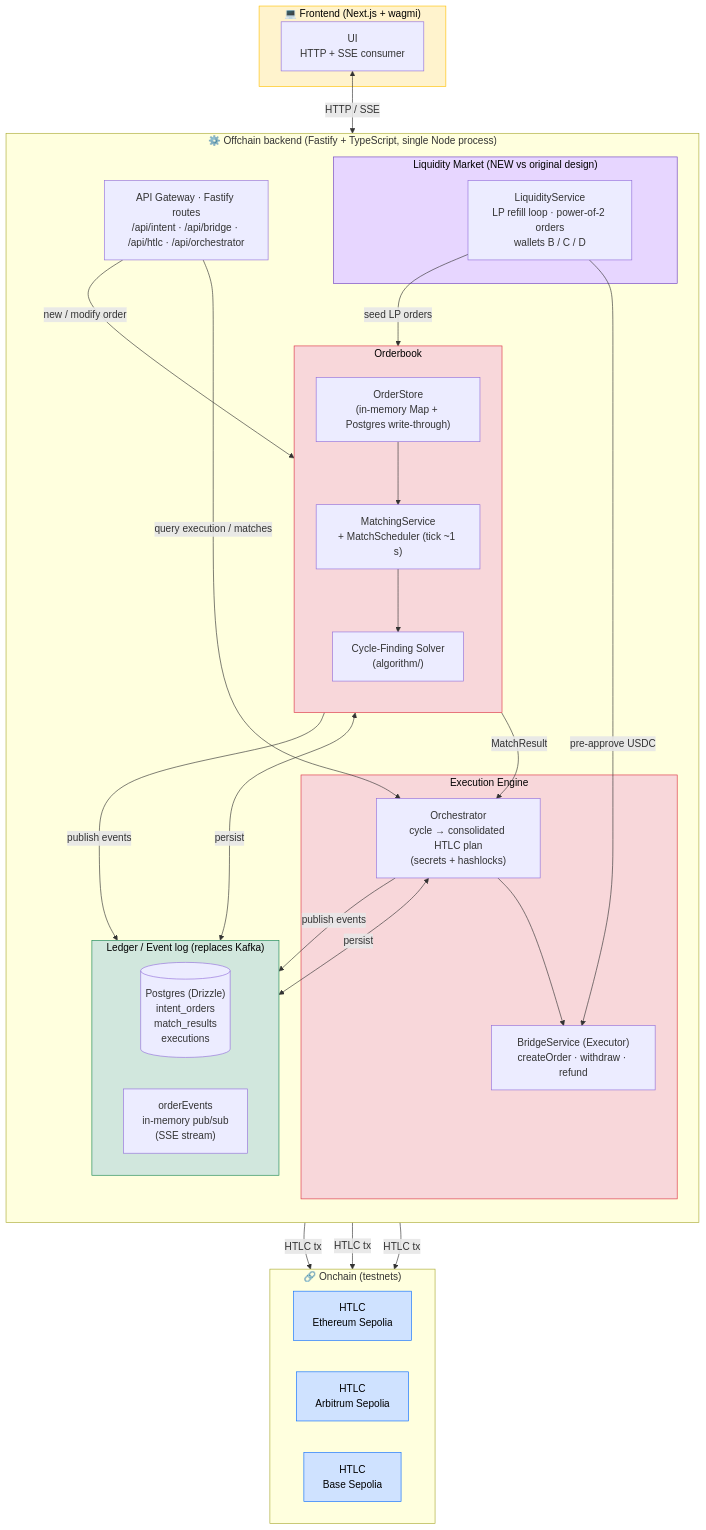
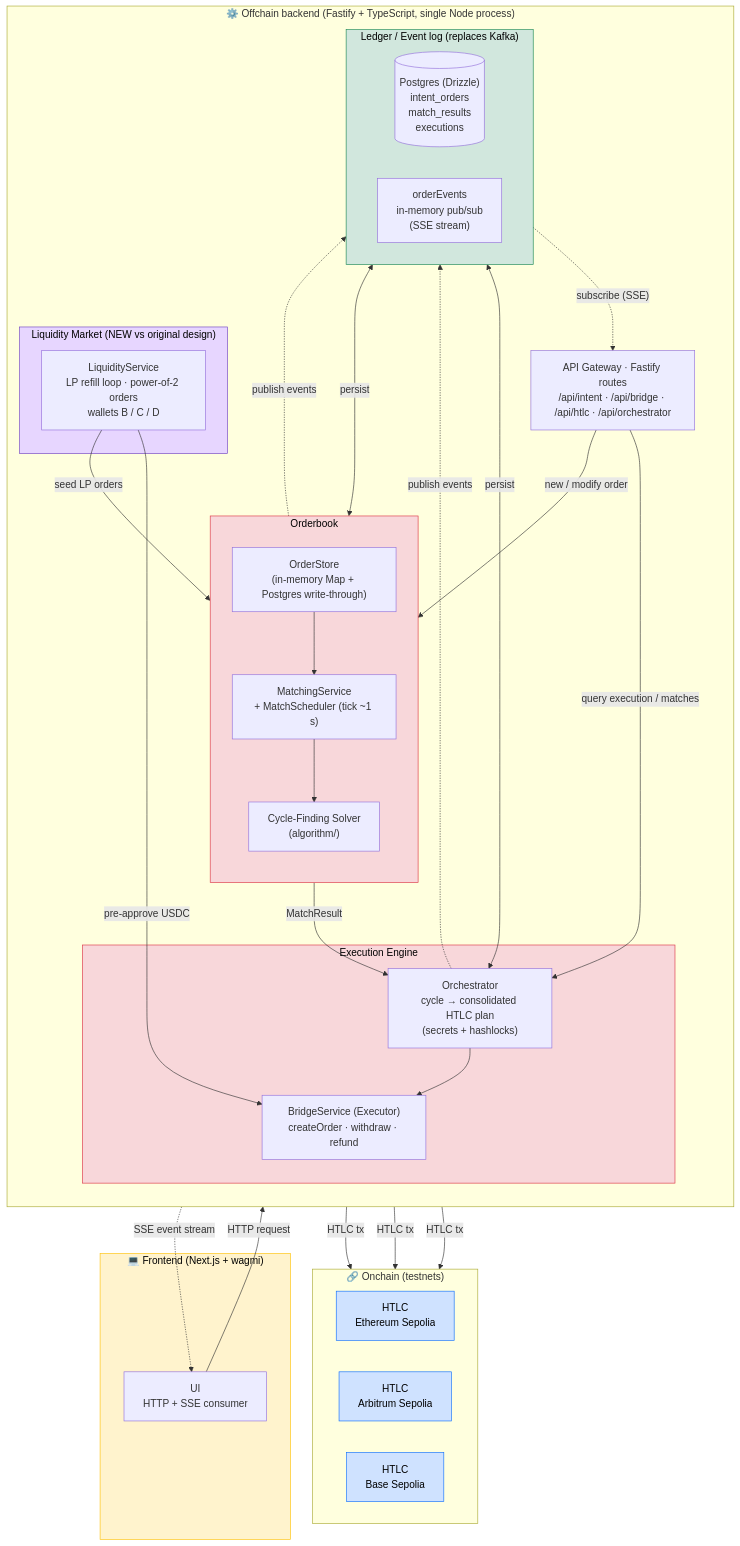
One commit to Atlantyx-Protocol/OceanLink changed the diagram in docs/architecture.md. Above: the diagram before and after it, drawn with Mermaid. The commit also changed 6 other files, not shown here.

```diff
--- a/docs/architecture.md
+++ b/docs/architecture.md
@@ -54,8 +54,9 @@
     OS <-->|"persist"| PG
     ALGO -->|"MatchResult"| ORCH
     ORCH <-->|"persist"| PG
-    ORCH -->|"publish events"| EV
-    OS -->|"publish events"| EV
+    ORCH -.->|"publish events"| EV
+    OS -.->|"publish events"| EV
+    EV -.->|"subscribe (SSE)"| APIG
     LP -->|"seed LP orders"| OS
     LP -->|"pre-approve USDC"| EXEC
   end
@@ -73,7 +74,8 @@
   EXEC -->|"HTLC tx"| HTLC_E
   EXEC -->|"HTLC tx"| HTLC_A
   EXEC -->|"HTLC tx"| HTLC_B
-  UI <-->|"HTTP / SSE"| APIG
+  UI -->|"HTTP request"| APIG
+  APIG -.->|"SSE event stream"| UI
 
   classDef onchain fill:#cfe2ff,stroke:#0d6efd,color:#000
   classDef offchainBox fill:#f8d7da,stroke:#dc3545,color:#000
```
